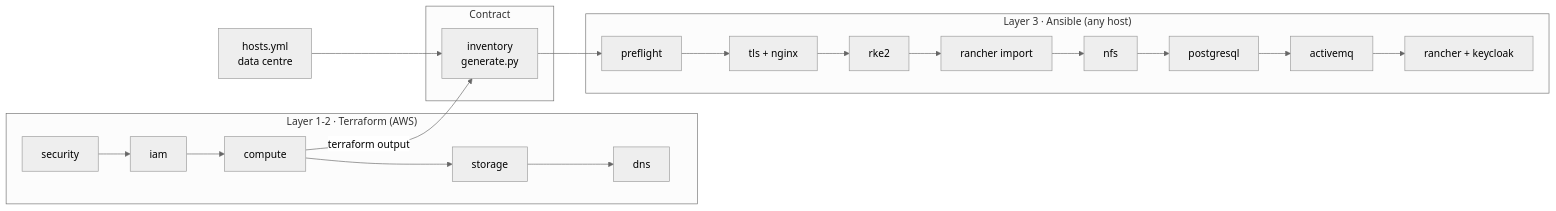
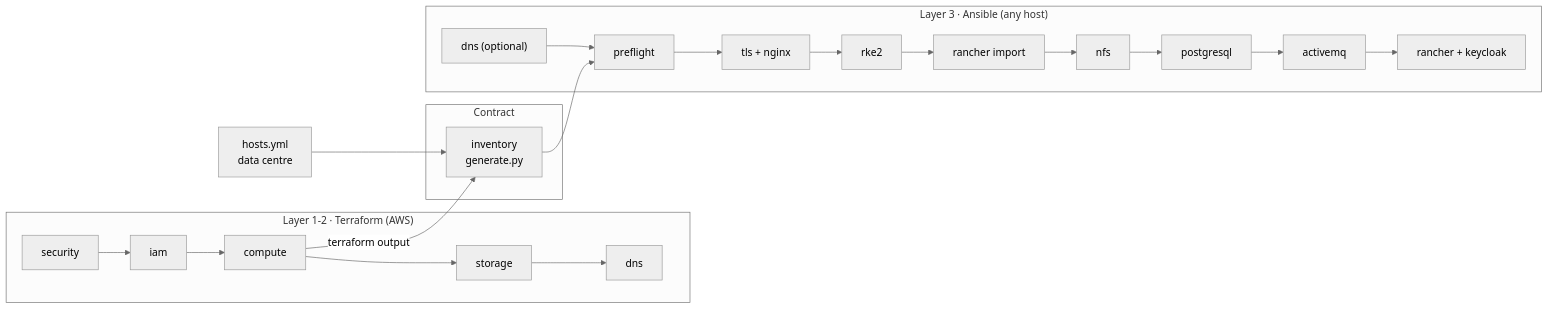
The second of 2 diagrams in docs/_images/ARCHITECTURE_DIAGRAMS.md (mosip/infra), drawn with Mermaid (neutral theme) before and after one commit. The commit also changed 28 other files, not shown here.

````diff
--- a/docs/_images/ARCHITECTURE_DIAGRAMS.md
+++ b/docs/_images/ARCHITECTURE_DIAGRAMS.md
@@ -39,15 +39,16 @@
 ```mermaid
 graph LR
  subgraph "Layer 1-2 · Terraform (AWS)"
  S[security] --> I[iam] --> CO[compute] --> ST[storage] --> D[dns]
  end
  subgraph "Contract"
  INV[inventory<br/>generate.py]
  end
  subgraph "Layer 3 · Ansible (any host)"
- PF[preflight] --> N[tls + nginx] --> K[rke2] --> RI[rancher import] --> NF[nfs] --> PG[postgresql] --> AM[activemq] --> RK[rancher + keycloak]
+ DN["dns (optional)"] --> PF[preflight]
+ PF --> N[tls + nginx] --> K[rke2] --> RI[rancher import] --> NF[nfs] --> PG[postgresql] --> AM[activemq] --> RK[rancher + keycloak]
  end
  CO -->|terraform output| INV
  HY[hosts.yml<br/>data centre] --> INV
  INV --> PF
 ```
````
